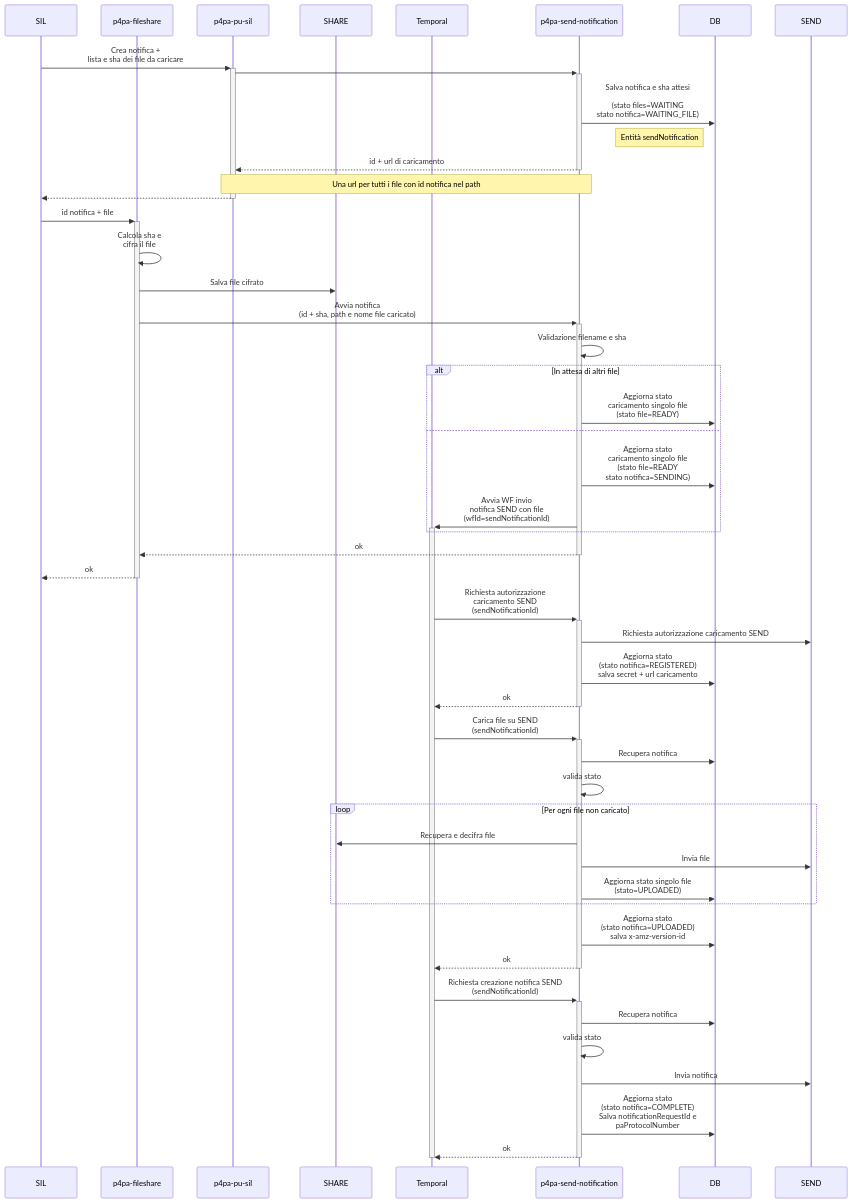
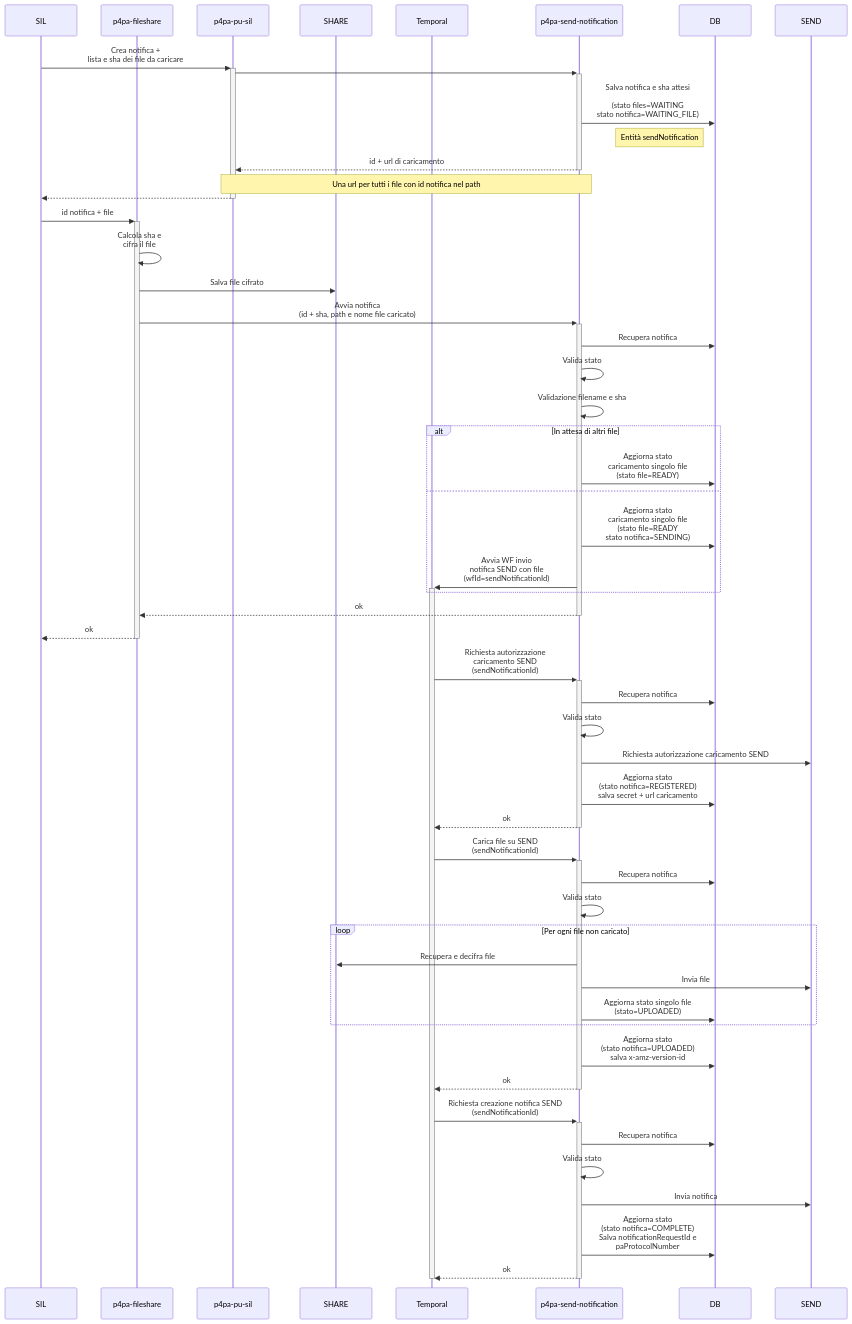
The diagram in design/send/sequence_createNotificationWithFile.mmd (pagopa/p4pa-doc), drawn with Mermaid before and after one commit. The commit also changed 1 other file, not shown here.

Commit message:
update send sequences to handle multiple files

```diff
--- a/design/send/sequence_createNotificationWithFile.mmd
+++ b/design/send/sequence_createNotificationWithFile.mmd
@@ -1,56 +1,60 @@
 sequenceDiagram
     participant SIL
     participant MS_SHARE as p4pa-fileshare
     participant MS_SIL as p4pa-pu-sil
     participant SHARE
     participant WF as Temporal
     participant MS_SEND as p4pa-send-notification
     participant DB
     participant SEND_PAGOPA as SEND
 
     SIL ->>+ MS_SIL: Crea notifica +<BR />lista e sha dei file da caricare
         MS_SIL ->>+ MS_SEND: #
             MS_SEND ->> DB: Salva notifica e sha attesi<BR /><BR />(stato files=WAITING<BR />stato notifica=WAITING_FILE)
             note left of DB: Entità sendNotification
             MS_SEND -->>- MS_SIL: id + url di caricamento
             note over MS_SIL,MS_SEND: Una url per tutti i file con id notifica nel path
         MS_SIL -->>- SIL: #
 
     SIL ->>+ MS_SHARE: id notifica + file
         MS_SHARE ->> MS_SHARE: Calcola sha e<BR />cifra il file
         MS_SHARE ->> SHARE: Salva file cifrato
         MS_SHARE ->>+ MS_SEND: Avvia notifica<BR />(id + sha, path e nome file caricato)
+            MS_SEND ->> DB: Recupera notifica
+            MS_SEND ->> MS_SEND: Valida stato
             MS_SEND ->> MS_SEND: Validazione filename e sha
             alt In attesa di altri file
                 MS_SEND ->> DB: Aggiorna stato<BR />caricamento singolo file<BR />(stato file=READY)
             else
                 MS_SEND ->> DB: Aggiorna stato<BR />caricamento singolo file<BR />(stato file=READY<BR />stato notifica=SENDING)
                 MS_SEND ->>+ WF: Avvia WF invio<BR />notifica SEND con file<BR />(wfId=sendNotificationId)
             end
             MS_SEND -->>- MS_SHARE: ok
     MS_SHARE -->>- SIL: ok
 
     WF ->>+ MS_SEND: Richiesta autorizzazione<BR />caricamento SEND<BR />(sendNotificationId)
+        MS_SEND ->> DB: Recupera notifica
+        MS_SEND ->> MS_SEND: Valida stato
         MS_SEND ->> SEND_PAGOPA: Richiesta autorizzazione caricamento SEND
         MS_SEND ->> DB: Aggiorna stato<BR />(stato notifica=REGISTERED)<BR />salva secret + url caricamento
         MS_SEND -->>- WF: ok
 
     WF ->>+ MS_SEND: Carica file su SEND<BR />(sendNotificationId)
         MS_SEND ->> DB: Recupera notifica
-        MS_SEND ->> MS_SEND: valida stato
+        MS_SEND ->> MS_SEND: Valida stato
         loop Per ogni file non caricato
             MS_SEND ->> SHARE: Recupera e decifra file
             MS_SEND ->> SEND_PAGOPA: Invia file
             MS_SEND ->> DB: Aggiorna stato singolo file<BR />(stato=UPLOADED)
         end
         MS_SEND ->> DB: Aggiorna stato<BR />(stato notifica=UPLOADED)<BR />salva x-amz-version-id
         MS_SEND -->>- WF: ok
 
     WF ->>+ MS_SEND: Richiesta creazione notifica SEND<BR />(sendNotificationId)
         MS_SEND ->> DB: Recupera notifica
-        MS_SEND ->> MS_SEND: valida stato
+        MS_SEND ->> MS_SEND: Valida stato
         MS_SEND ->> SEND_PAGOPA: Invia notifica
         MS_SEND ->> DB: Aggiorna stato<BR />(stato notifica=COMPLETE)<BR />Salva notificationRequestId e<BR/>paProtocolNumber
         MS_SEND -->>- WF: ok
 
     deactivate WF
```
